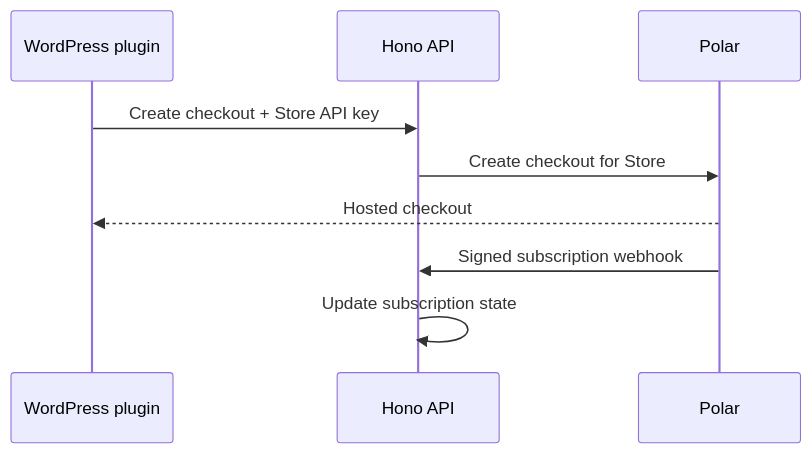
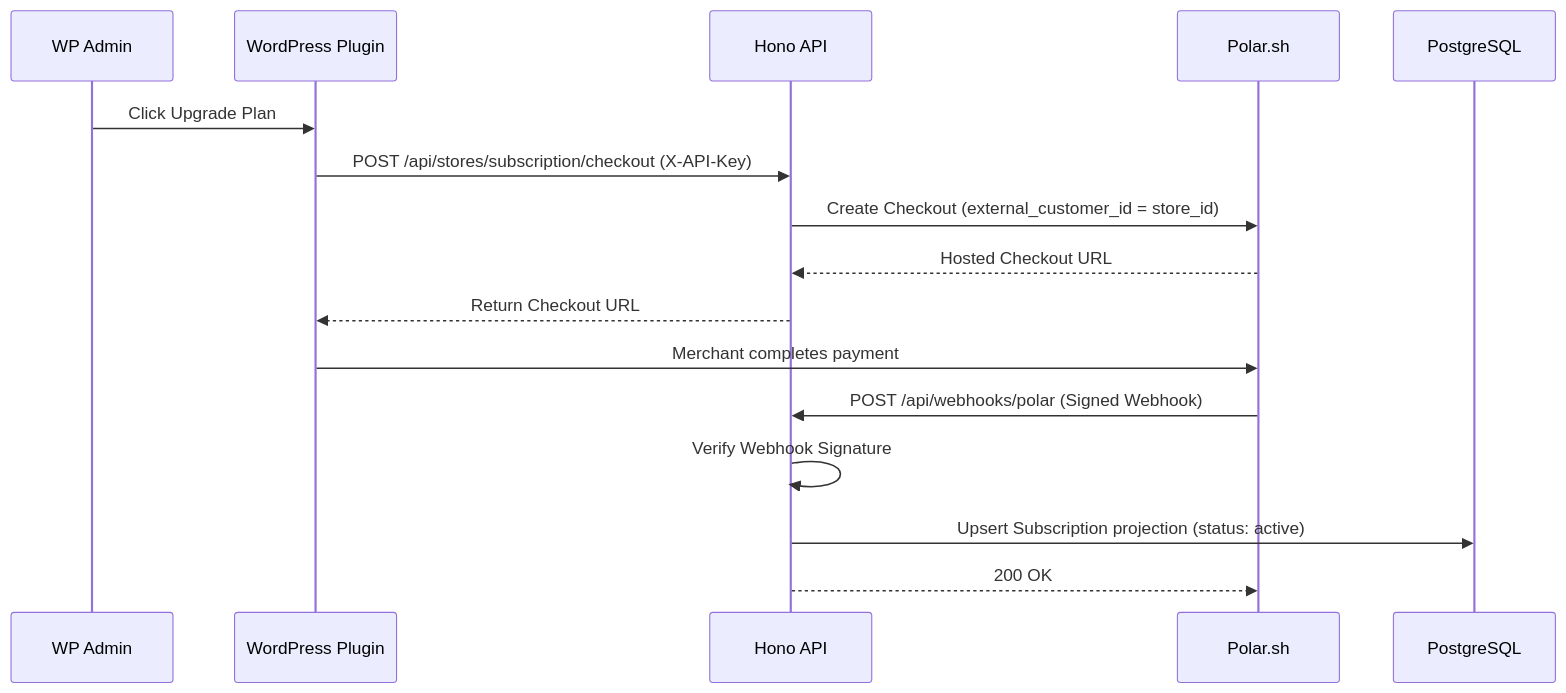
One commit to aji-pratama/woocs changed the fifth of 5 diagrams in _docs/architecture.md. Above: the diagram before and after it, drawn with Mermaid. The commit also changed other lines of this file and 2 other files, not shown here.

Commit message:
docs: update README, architecture, and PRD documents with current tech stack and setup workflows

````diff
--- a/_docs/architecture.md
+++ b/_docs/architecture.md
@@ -444,12 +235,19 @@
 ```mermaid
 sequenceDiagram
-    participant Plugin as WordPress plugin
+    participant Merchant as WP Admin
+    participant Plugin as WordPress Plugin
     participant API as Hono API
-    participant Billing as Polar
+    participant Polar as Polar.sh
+    participant DB as PostgreSQL
 
-    Plugin->>API: Create checkout + Store API key
-    API->>Billing: Create checkout for Store
-    Billing-->>Plugin: Hosted checkout
-    Billing->>API: Signed subscription webhook
-    API->>API: Update subscription state
+    Merchant->>Plugin: Click Upgrade Plan
+    Plugin->>API: POST /api/stores/subscription/checkout (X-API-Key)
+    API->>Polar: Create Checkout (external_customer_id = store_id)
+    Polar-->>API: Hosted Checkout URL
+    API-->>Plugin: Return Checkout URL
+    Plugin->>Polar: Merchant completes payment
+    Polar->>API: POST /api/webhooks/polar (Signed Webhook)
+    API->>API: Verify Webhook Signature
+    API->>DB: Upsert Subscription projection (status: active)
+    API-->>Polar: 200 OK
 ```
````
